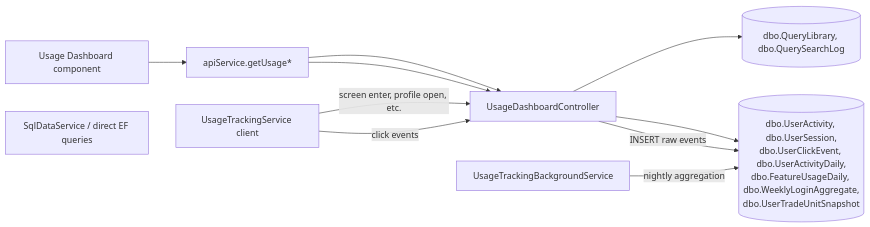
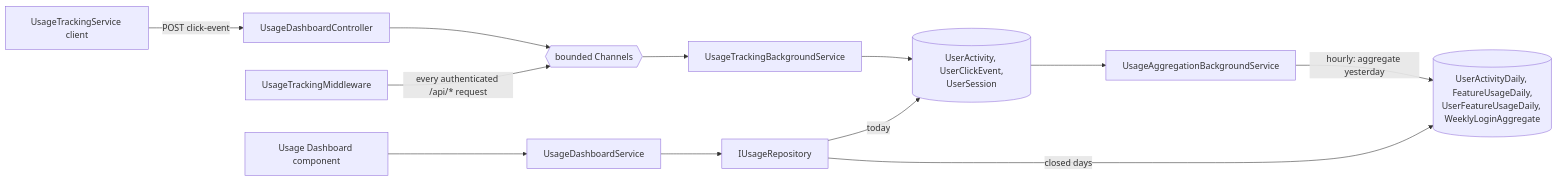
Before and after one commit to GrosseLimace/origination: the diagram in docs/application-context/Usage Dashboard.md, drawn with Mermaid. The commit also changed other lines of this file and 50 other files, not shown here.

````diff
--- a/docs/application-context/Usage Dashboard.md
+++ b/docs/application-context/Usage Dashboard.md
@@ -46,18 +77,23 @@
 ```mermaid
 flowchart LR
+    Tracker[UsageTrackingService client]
+    MW[UsageTrackingMiddleware]
+    CTL[UsageDashboardController]
+    CH{{bounded Channels}}
+    ING[UsageTrackingBackgroundService]
+    AGG[UsageAggregationBackgroundService]
+    RAW[(UserActivity, UserClickEvent,<br/>UserSession)]
+    ROLL[(UserActivityDaily, FeatureUsageDaily,<br/>UserFeatureUsageDaily, WeeklyLoginAggregate)]
+    SVC[UsageDashboardService]
+    REPO[IUsageRepository]
     UI[Usage Dashboard component]
-    API[apiService.getUsage*]
-    CTL[UsageDashboardController]
-    SVC[SqlDataService / direct EF queries]
-    APP[(dbo.UserActivity, dbo.UserSession,<br/>dbo.UserClickEvent, dbo.UserActivityDaily,<br/>dbo.FeatureUsageDaily, dbo.WeeklyLoginAggregate,<br/>dbo.UserTradeUnitSnapshot)]
-    BG[UsageTrackingBackgroundService]
-    Tracker[UsageTrackingService client]
-    QL[(dbo.QueryLibrary, dbo.QuerySearchLog)]
 
-    Tracker -- "click events" --> CTL
-    Tracker -- "screen enter, profile open, etc." --> CTL
-    CTL -- "INSERT raw events" --> APP
-    BG -- "nightly aggregation" --> APP
-    UI --> API --> CTL --> APP
-    API --> CTL --> QL
+    Tracker -- "POST click-event" --> CTL --> CH
+    MW -- "every authenticated /api/* request" --> CH
+    CH --> ING --> RAW
+    AGG -- "hourly: aggregate yesterday" --> ROLL
+    RAW --> AGG
+    UI --> SVC --> REPO
+    REPO -- "closed days" --> ROLL
+    REPO -- "today" --> RAW
 ```
````
